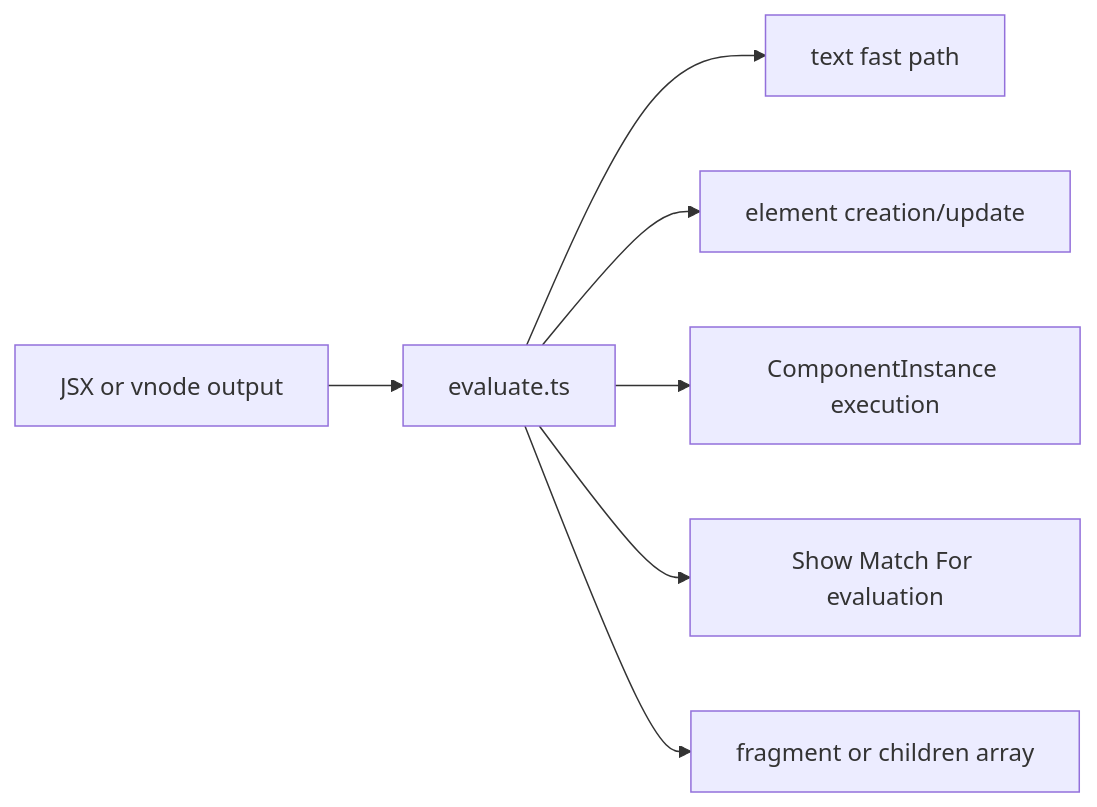
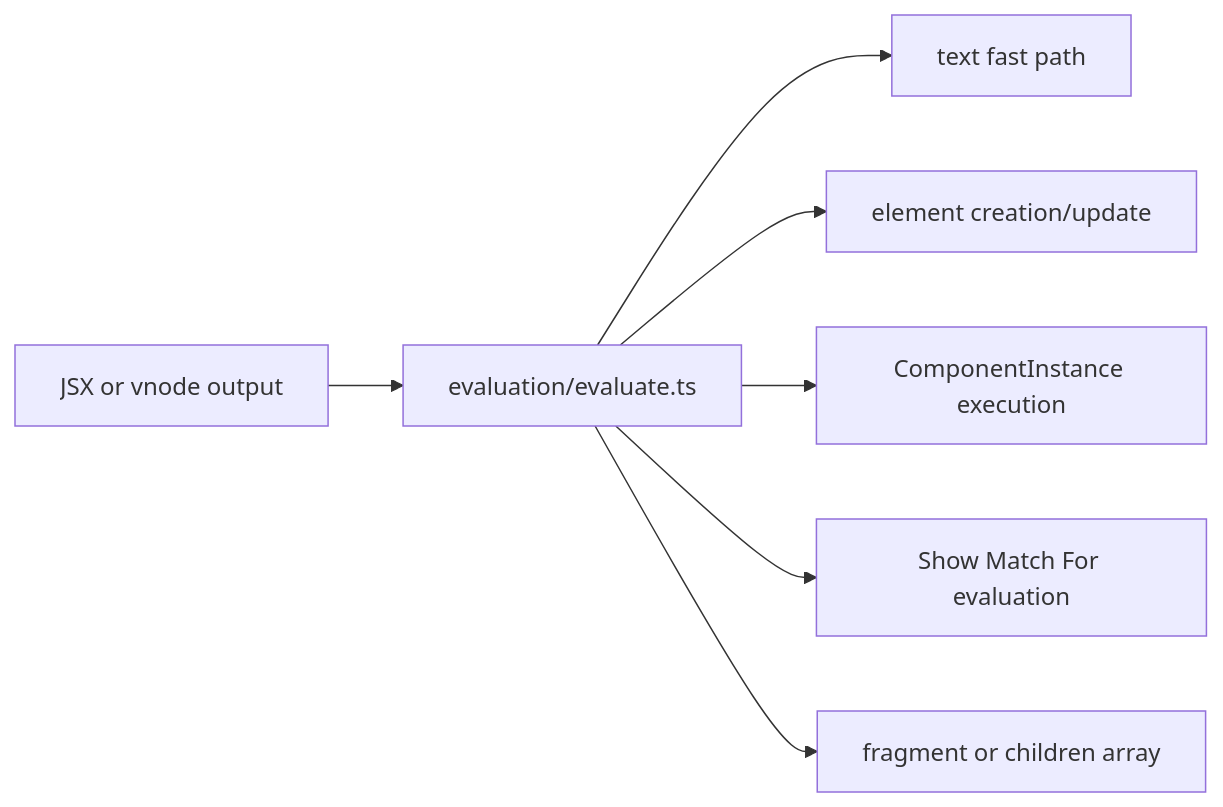
Before and after one commit to askrjs/askr: the second of 7 diagrams in docs/internals/renderer-pipeline.md, drawn with Mermaid. The commit also changed other lines of this file and 371 other files, not shown here.

````diff
--- a/docs/internals/renderer-pipeline.md
+++ b/docs/internals/renderer-pipeline.md
@@ -31,17 +35,17 @@
 ```mermaid
 flowchart LR
   vnode[JSX or vnode output]
-  evaluate[evaluate.ts]
+  evaluate[evaluation/evaluate.ts]
   text[text fast path]
   element[element creation/update]
   component[ComponentInstance execution]
   controls[Show Match For evaluation]
   fragment[fragment or children array]
 
   vnode --> evaluate
   evaluate --> text
   evaluate --> element
   evaluate --> component
   evaluate --> controls
   evaluate --> fragment
 ```
````
